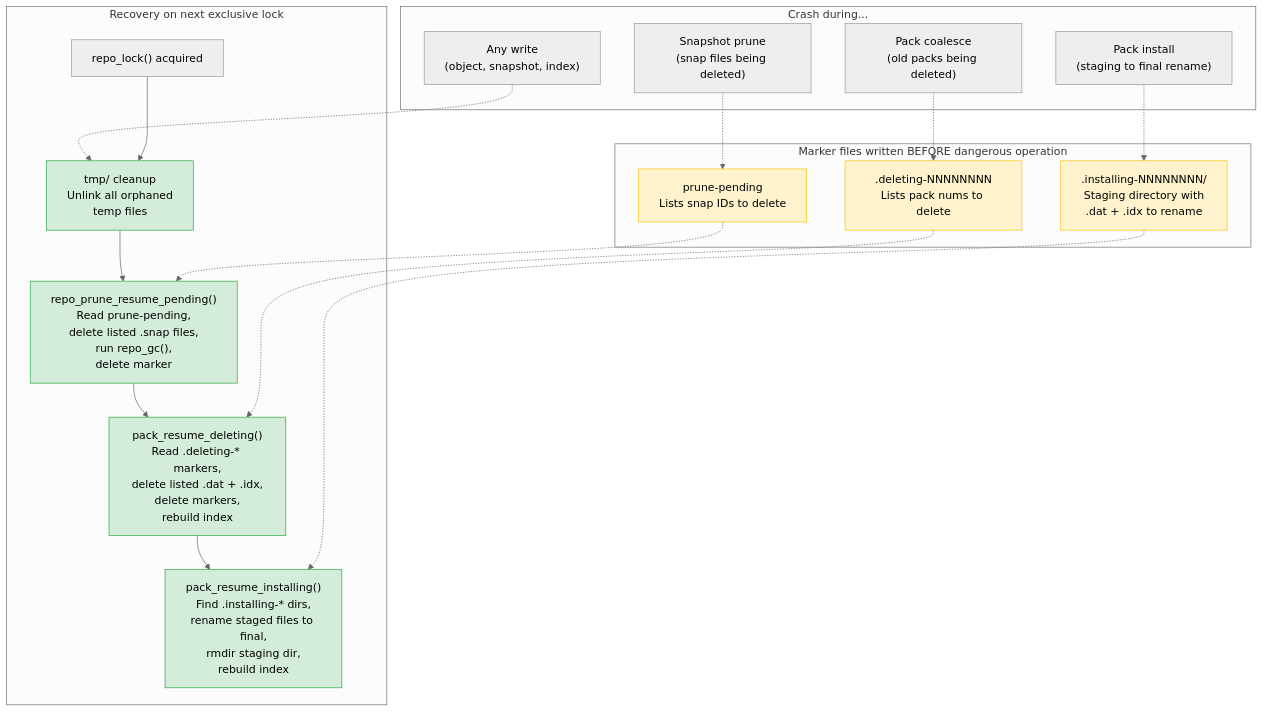
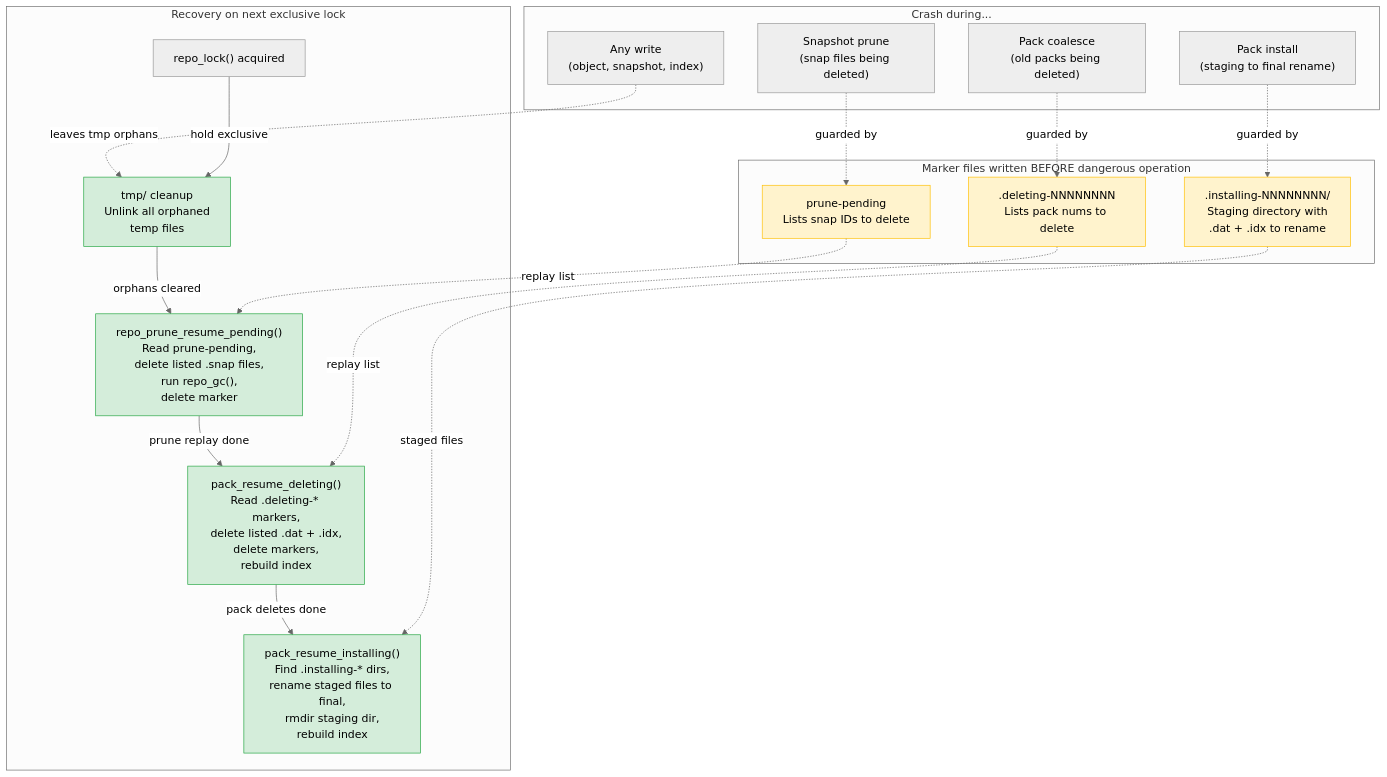
One commit to vifair22/c-backup changed the first of 2 diagrams in diagrams/07-crash-recovery.md. Above: the diagram before and after it, drawn with Mermaid (neutral theme). The commit also changed other lines of this file and 11 other files, not shown here.

````diff
--- a/diagrams/07-crash-recovery.md
+++ b/diagrams/07-crash-recovery.md
@@ -7,44 +7,44 @@
 ```mermaid
 flowchart TD
     subgraph "Crash during..."
         C1["Snapshot prune<br/>(snap files being deleted)"]
         C2["Pack coalesce<br/>(old packs being deleted)"]
         C3["Pack install<br/>(staging to final rename)"]
         C4["Any write<br/>(object, snapshot, index)"]
     end
 
     subgraph "Marker files written BEFORE dangerous operation"
         M1["prune-pending<br/>Lists snap IDs to delete"]
         M2[".deleting-NNNNNNNN<br/>Lists pack nums to delete"]
         M3[".installing-NNNNNNNN/<br/>Staging directory with<br/>.dat + .idx to rename"]
     end
 
     subgraph "Recovery on next exclusive lock"
         R0["repo_lock() acquired"]
         R1["tmp/ cleanup<br/>Unlink all orphaned<br/>temp files"]
         R2["repo_prune_resume_pending()<br/>Read prune-pending,<br/>delete listed .snap files,<br/>run repo_gc(),<br/>delete marker"]
         R3["pack_resume_deleting()<br/>Read .deleting-* markers,<br/>delete listed .dat + .idx,<br/>delete markers,<br/>rebuild index"]
         R4["pack_resume_installing()<br/>Find .installing-* dirs,<br/>rename staged files to final,<br/>rmdir staging dir,<br/>rebuild index"]
     end
 
-    C1 -.-> M1
-    C2 -.-> M2
-    C3 -.-> M3
-    C4 -.-> R1
+    C1 -.->|guarded by| M1
+    C2 -.->|guarded by| M2
+    C3 -.->|guarded by| M3
+    C4 -.->|leaves tmp orphans| R1
 
-    R0 --> R1 --> R2
-    R2 --> R3
-    R3 --> R4
+    R0 -->|hold exclusive| R1 -->|orphans cleared| R2
+    R2 -->|prune replay done| R3
+    R3 -->|pack deletes done| R4
 
-    M1 -.-> R2
-    M2 -.-> R3
-    M3 -.-> R4
+    M1 -.->|replay list| R2
+    M2 -.->|replay list| R3
+    M3 -.->|staged files| R4
 
     style M1 fill:#fff3cd,stroke:#ffc107
     style M2 fill:#fff3cd,stroke:#ffc107
     style M3 fill:#fff3cd,stroke:#ffc107
     style R1 fill:#d4edda,stroke:#28a745
     style R2 fill:#d4edda,stroke:#28a745
     style R3 fill:#d4edda,stroke:#28a745
     style R4 fill:#d4edda,stroke:#28a745
 ```
````
